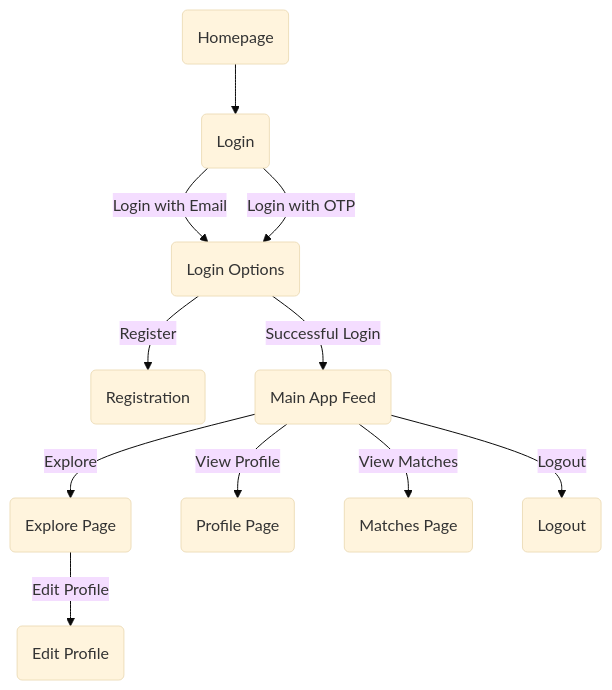
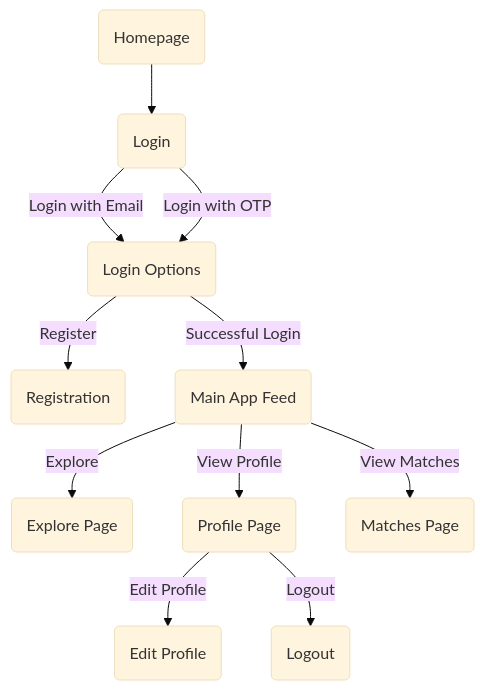
The diagram in profile/README.md (Bonnd-Friends/.github), drawn with Mermaid (base theme) before and after one commit.

````diff
--- a/profile/README.md
+++ b/profile/README.md
@@ -12,13 +12,13 @@
 ```mermaid
 graph TD
   A(Homepage) --> B(Login)
   B -->|Login with Email| C(Login Options)
   B -->|Login with OTP| C(Login Options)
   C -->|Register| D(Registration)
   C -->|Successful Login| E(Main App Feed)
   E -->|Explore| F(Explore Page)
   E -->|View Profile| G(Profile Page)
   E -->|View Matches| H(Matches Page)
-  F -->|Edit Profile| I(Edit Profile)
-  E -->|Logout| J(Logout)
+  G -->|Edit Profile| I(Edit Profile)
+  G -->|Logout| J(Logout)
 ```
````
